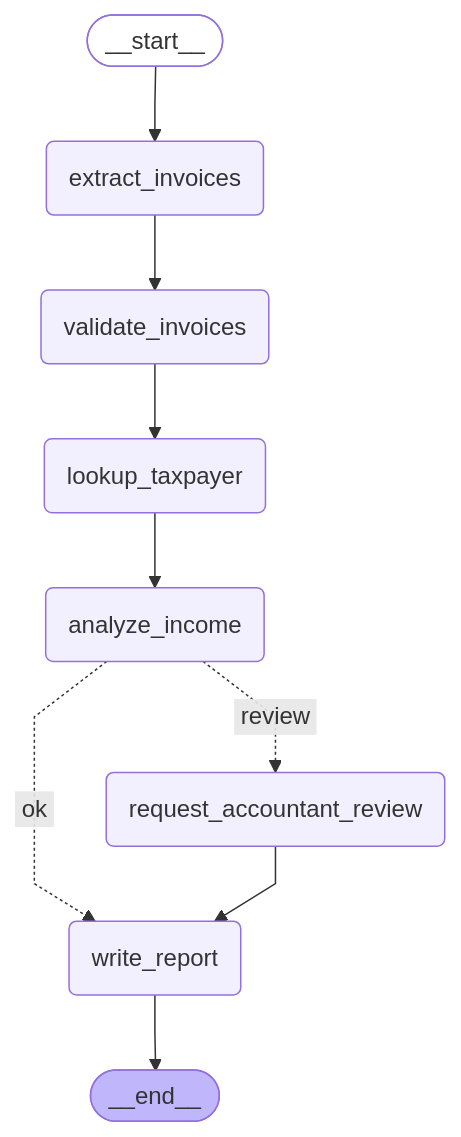
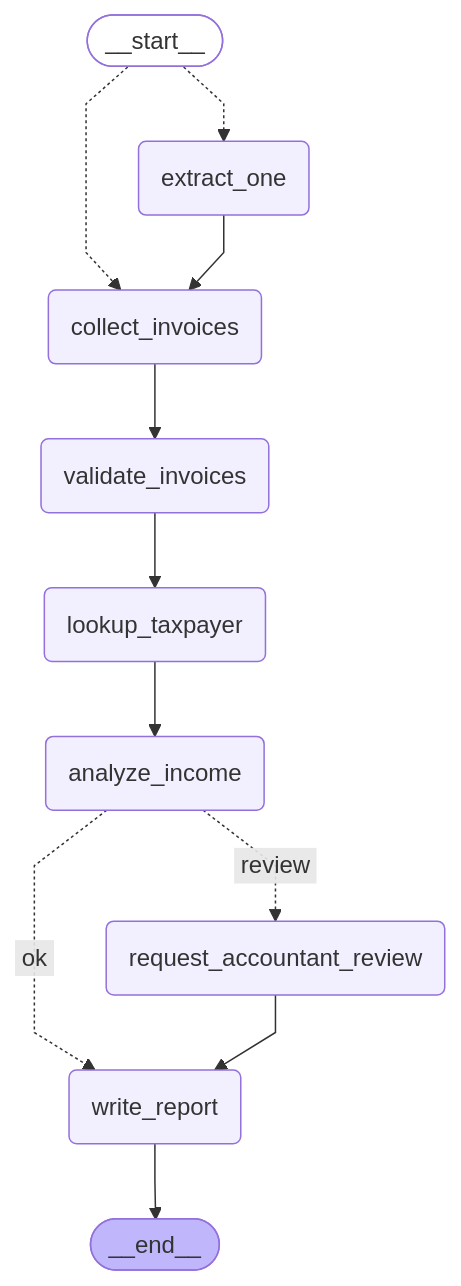
The diagram in README.md (leonardoprimero/copiloto-monotributo), drawn with Mermaid before and after one commit. The commit also changed 8 other files, not shown here.

First line of the commit message:
perf(graph): read the invoices in parallel instead of one after another

````diff
--- a/README.md
+++ b/README.md
@@ -42,27 +42,30 @@
 ```mermaid
 ---
 config:
   flowchart:
     curve: linear
 ---
 graph TD;
 	__start__([<p>__start__</p>]):::first
-	extract_invoices(extract_invoices)
+	extract_one(extract_one)
+	collect_invoices(collect_invoices)
 	validate_invoices(validate_invoices)
 	lookup_taxpayer(lookup_taxpayer)
 	analyze_income(analyze_income)
 	request_accountant_review(request_accountant_review)
 	write_report(write_report)
 	__end__([<p>__end__</p>]):::last
-	__start__ --> extract_invoices;
+	__start__ -.-> collect_invoices;
+	__start__ -.-> extract_one;
 	analyze_income -. &nbsp;review&nbsp; .-> request_accountant_review;
 	analyze_income -. &nbsp;ok&nbsp; .-> write_report;
-	extract_invoices --> validate_invoices;
+	collect_invoices --> validate_invoices;
+	extract_one --> collect_invoices;
 	lookup_taxpayer --> analyze_income;
 	request_accountant_review --> write_report;
 	validate_invoices --> lookup_taxpayer;
 	write_report --> __end__;
 	classDef default fill:#f2f0ff,line-height:1.2
 	classDef first fill-opacity:0
 	classDef last fill:#bfb6fc
 ```
````
